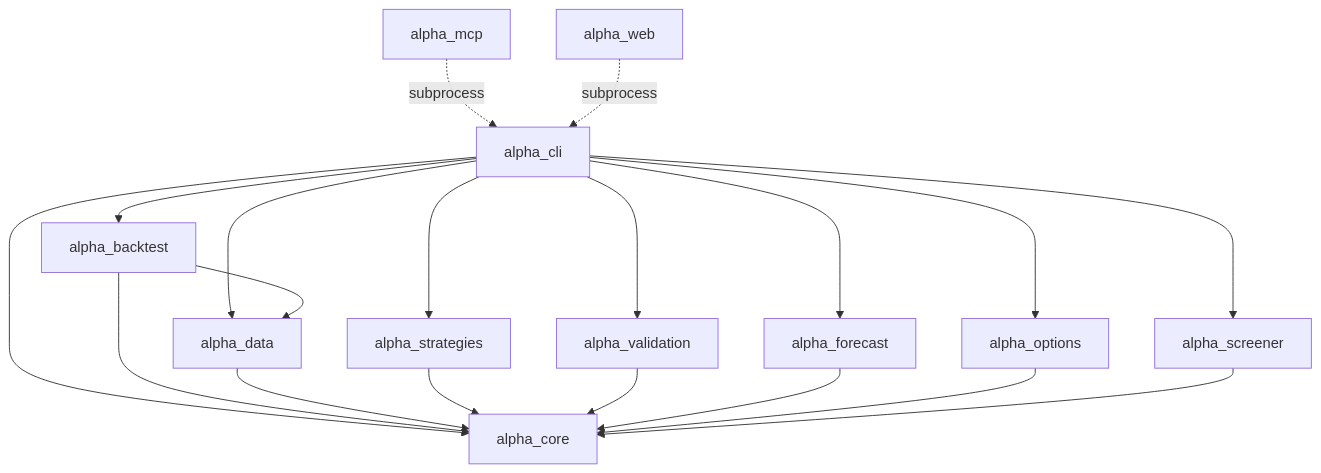
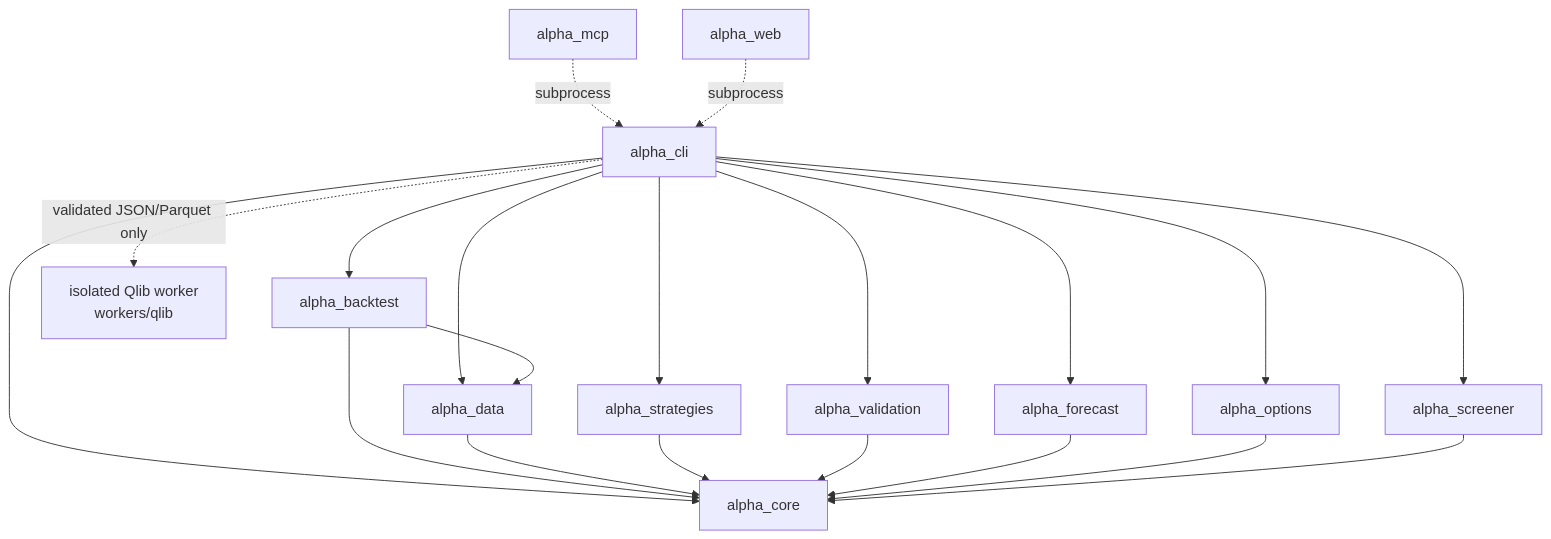
The first of 5 diagrams in docs/ARCHITECTURE.md (tradingsystem1880-eng/Project-ALPHA), drawn with Mermaid before and after one commit. The commit also changed other lines of this file and 225 other files, not shown here.

````diff
--- a/docs/ARCHITECTURE.md
+++ b/docs/ARCHITECTURE.md
@@ -19,33 +19,35 @@
 ```mermaid
 graph TD
     mcp[alpha_mcp]
     web[alpha_web]
     cli[alpha_cli]
     bt[alpha_backtest]
     data[alpha_data]
     strat[alpha_strategies]
     val[alpha_validation]
     fc[alpha_forecast]
     opt[alpha_options]
     screen[alpha_screener]
     core[alpha_core]
+    qlib["isolated Qlib worker\nworkers/qlib"]
 
     mcp -. subprocess .-> cli
     web -. subprocess .-> cli
     cli --> bt
     cli --> data
     cli --> strat
     cli --> val
     cli --> fc
     cli --> opt
     cli --> screen
     cli --> core
     bt --> data
     bt --> core
     data --> core
     strat --> core
     val --> core
     fc --> core
     opt --> core
     screen --> core
+    cli -. "validated JSON/Parquet only" .-> qlib
 ```
````
